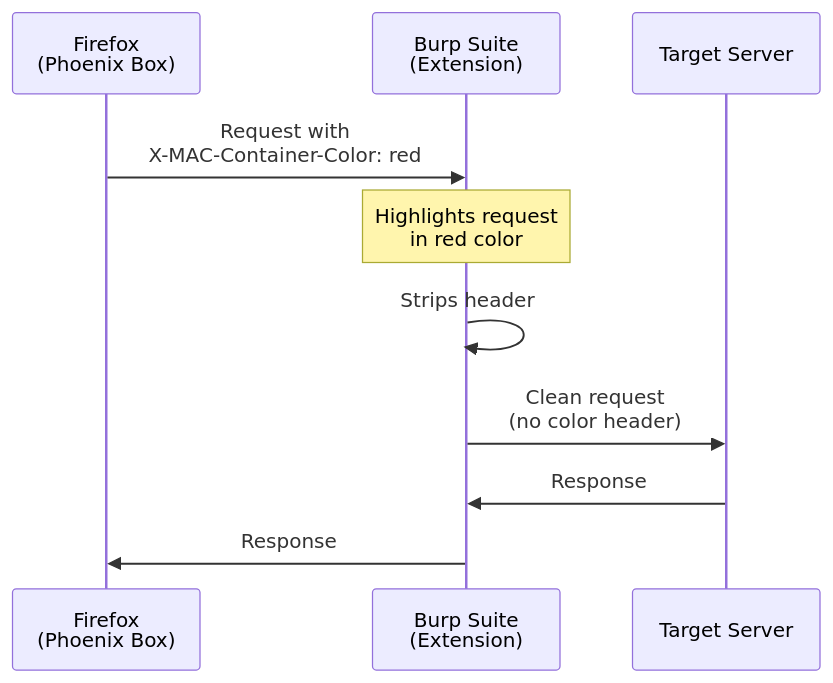
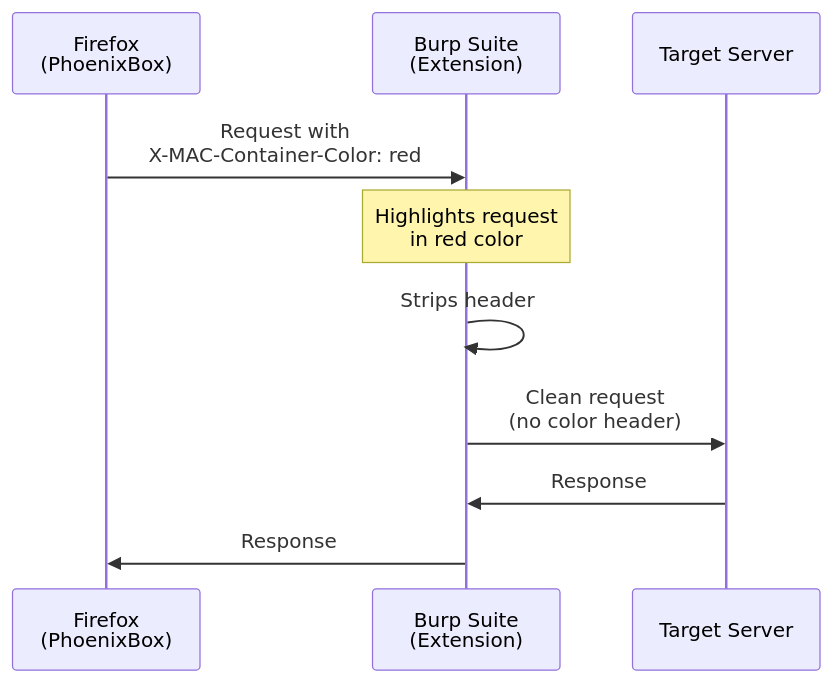
The diagram in docs/BURP_SUITE_SETUP.md (avihayf/PhoenixBox), drawn with Mermaid before and after one commit. The commit also changed other lines of this file and 12 other files, not shown here.

First line of the commit message:
chore: standardize product name to PhoenixBox across all files

````diff
--- a/docs/BURP_SUITE_SETUP.md
+++ b/docs/BURP_SUITE_SETUP.md
@@ -43,13 +43,13 @@
 ```mermaid
 sequenceDiagram
-    participant Firefox as Firefox<br/>(Phoenix Box)
+    participant Firefox as Firefox<br/>(PhoenixBox)
     participant Burp as Burp Suite<br/>(Extension)
     participant Target as Target Server
     
     Firefox->>Burp: Request with<br/>X-MAC-Container-Color: red
     Note over Burp: Highlights request<br/>in red color
     Burp->>Burp: Strips header
     Burp->>Target: Clean request<br/>(no color header)
     Target->>Burp: Response
     Burp->>Firefox: Response
 ```
````
